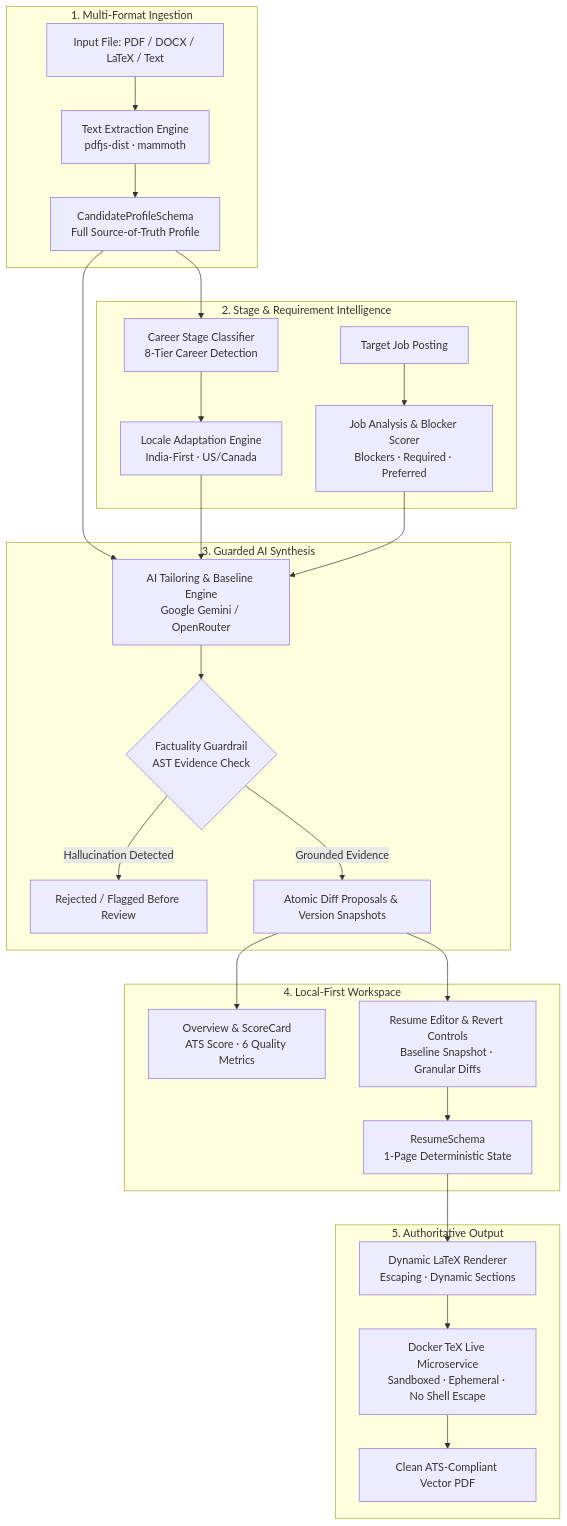
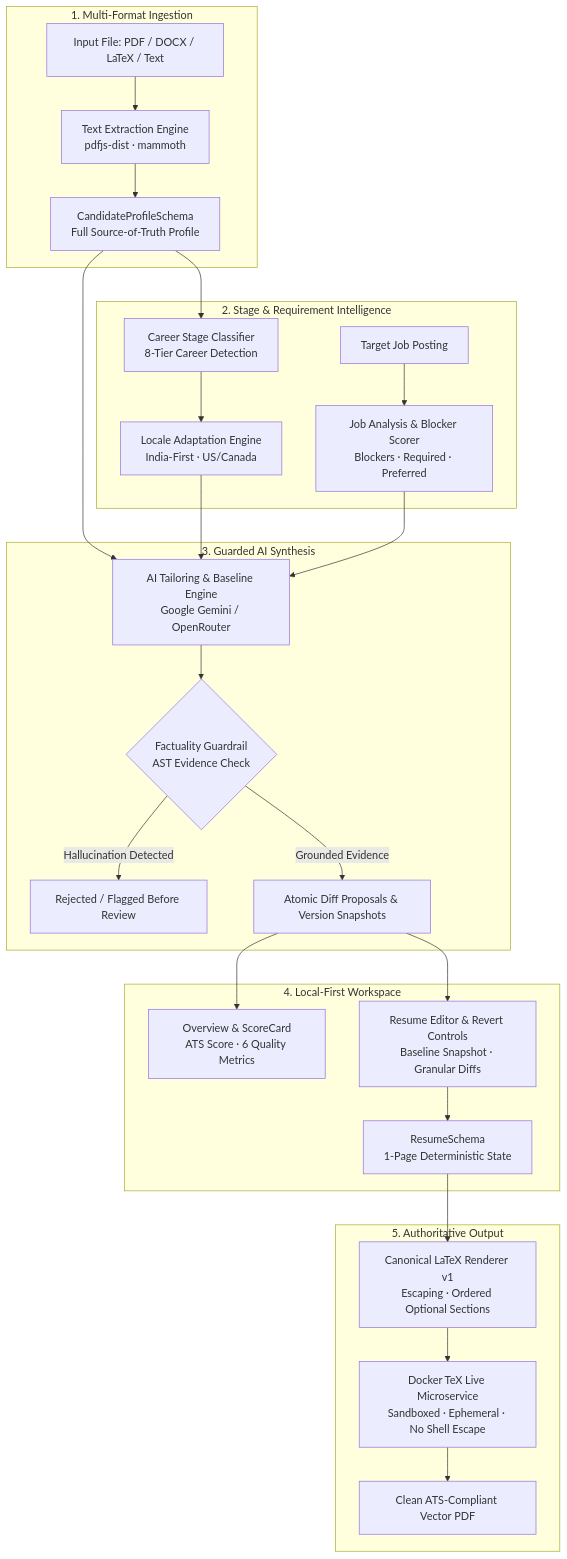
The diagram in README.md (iashutoshtiwari/ai-resume-builder), drawn with Mermaid before and after one commit. The commit also changed other lines of this file and 44 other files, not shown here.

````diff
--- a/README.md
+++ b/README.md
@@ -49,32 +49,32 @@
 ```mermaid
 flowchart TD
     subgraph INGESTION["1. Multi-Format Ingestion"]
         A[Input File: PDF / DOCX / LaTeX / Text] --> B[Text Extraction Engine\npdfjs-dist · mammoth]
         B --> C[CandidateProfileSchema\nFull Source-of-Truth Profile]
     end
 
     subgraph INTELLIGENCE["2. Stage & Requirement Intelligence"]
         C --> D[Career Stage Classifier\n8-Tier Career Detection]
         D --> E[Locale Adaptation Engine\nIndia-First · US/Canada]
         F[Target Job Posting] --> G[Job Analysis & Blocker Scorer\nBlockers · Required · Preferred]
     end
 
     subgraph PROPOSALS["3. Guarded AI Synthesis"]
         C & E & G --> H[AI Tailoring & Baseline Engine\nGoogle Gemini / OpenRouter]
         H --> I{Factuality Guardrail\nAST Evidence Check}
         I -->|Hallucination Detected| J[Rejected / Flagged Before Review]
         I -->|Grounded Evidence| K[Atomic Diff Proposals & Version Snapshots]
     end
 
     subgraph WORKSPACE["4. Local-First Workspace"]
         K --> L[Overview & ScoreCard\nATS Score · 6 Quality Metrics]
         K --> M[Resume Editor & Revert Controls\nBaseline Snapshot · Granular Diffs]
         M --> N[ResumeSchema\n1-Page Deterministic State]
     end
 
     subgraph COMPILATION["5. Authoritative Output"]
-        N --> O[Dynamic LaTeX Renderer\nEscaping · Dynamic Sections]
+        N --> O[Canonical LaTeX Renderer v1\nEscaping · Ordered Optional Sections]
         O --> P[Docker TeX Live Microservice\nSandboxed · Ephemeral · No Shell Escape]
         P --> Q[Clean ATS-Compliant Vector PDF]
     end
 ```
````
